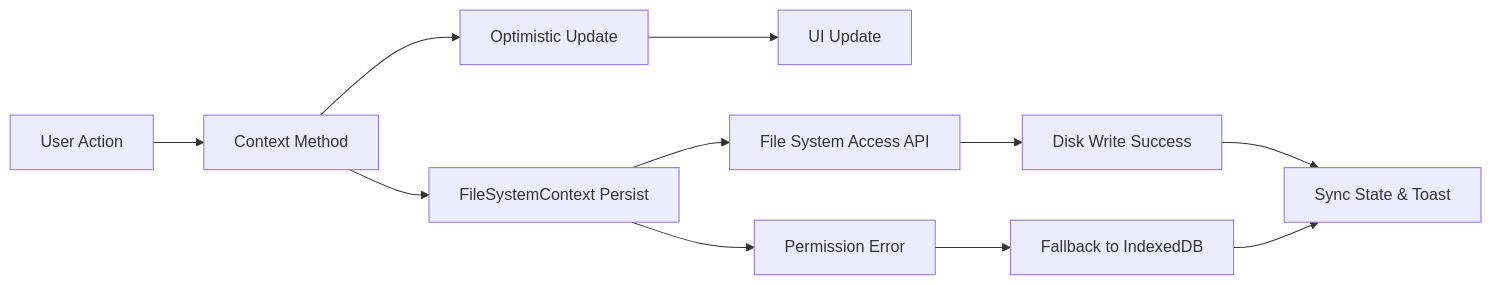
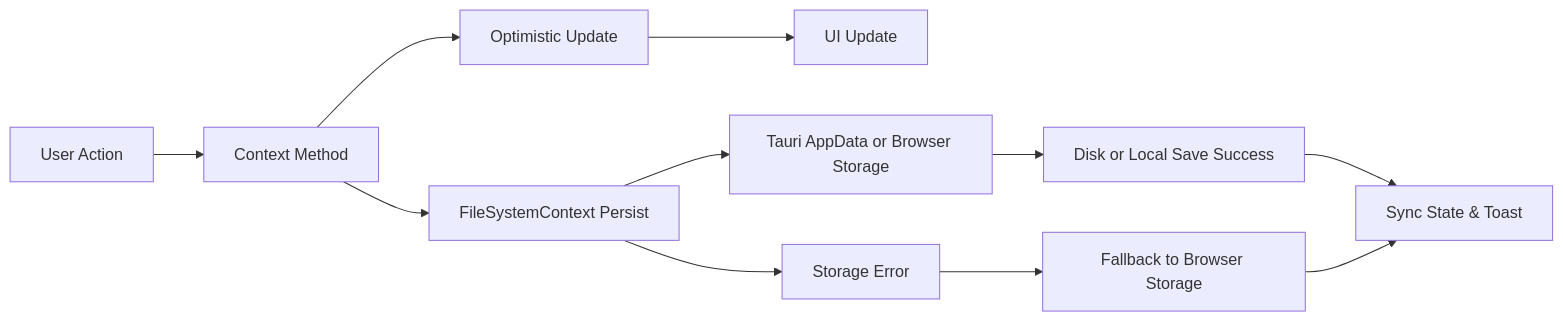
Before and after one commit to pinkpixel-dev/notara: the fourth of 4 diagrams in OVERVIEW.md, drawn with Mermaid. The commit also changed other lines of this file and 3 other files, not shown here.

````diff
--- a/OVERVIEW.md
+++ b/OVERVIEW.md
@@ -562,14 +605,14 @@
 ```mermaid
 graph LR
     A[User Action] --> B[Context Method]
     B --> C[Optimistic Update]
     C --> D[UI Update]
     B --> E[FileSystemContext Persist]
-    E --> F[File System Access API]
-    F --> G[Disk Write Success]
+    E --> F[Tauri AppData or Browser Storage]
+    F --> G[Disk or Local Save Success]
     G --> H[Sync State & Toast]
 
-    E --> I[Permission Error]
-    I --> J[Fallback to IndexedDB]
+    E --> I[Storage Error]
+    I --> J[Fallback to Browser Storage]
     J --> H
 ```
````
